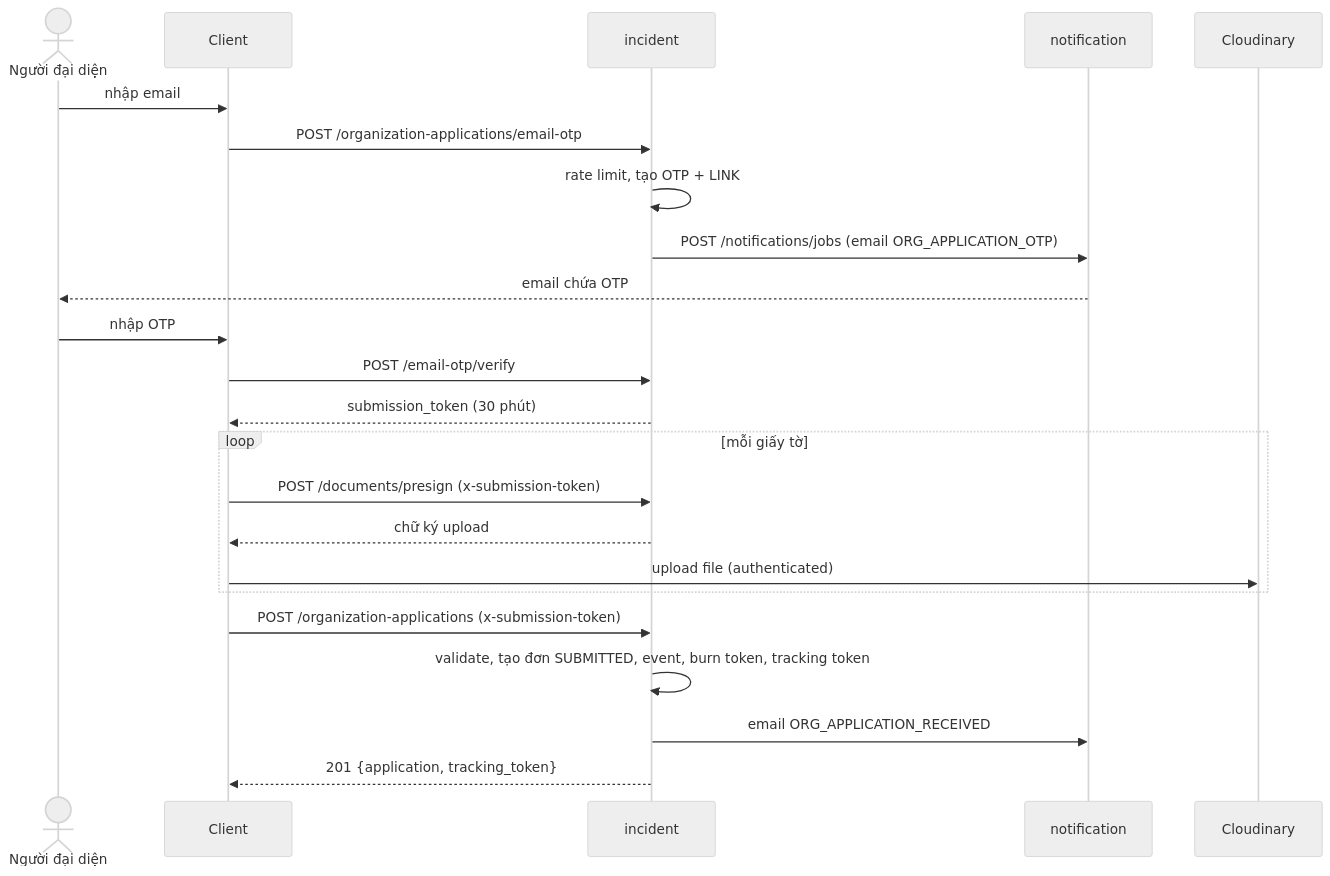
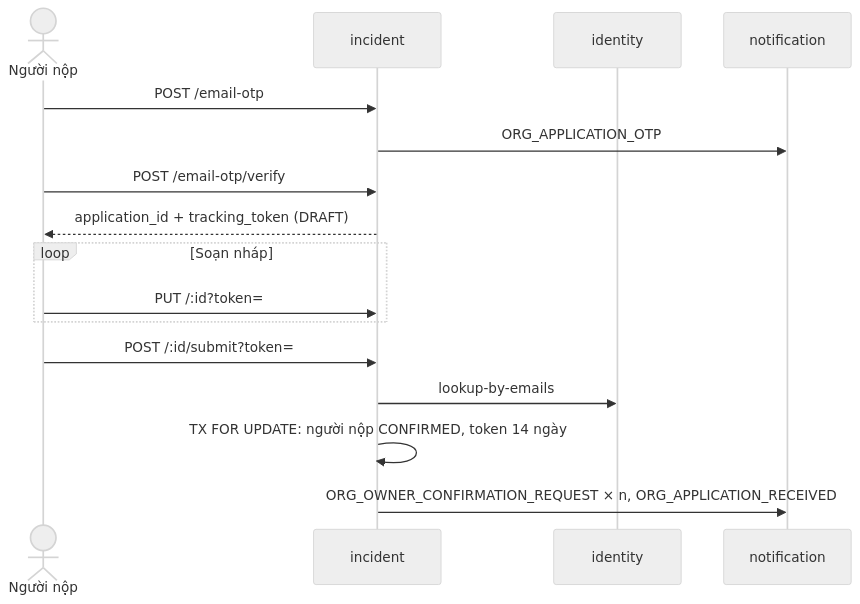
Before and after one commit to DOAN2-UQT-KN/ecolink-docs: the sixth of 24 diagrams in 02-business-flows.md, drawn with Mermaid (neutral theme). The commit also changed other lines of this file and 10 other files, not shown here.

Commit message:
docs: multi-owner organization registration flow

````diff
--- a/02-business-flows.md
+++ b/02-business-flows.md
@@ -299,25 +278,18 @@
 ```mermaid
 sequenceDiagram
-  actor R as Người đại diện
-  participant FE as Client
+  actor U as Người nộp
   participant INC as incident
+  participant ID as identity
   participant NS as notification
-  participant CLD as Cloudinary
-  R->>FE: nhập email
-  FE->>INC: POST /organization-applications/email-otp
-  INC->>INC: rate limit, tạo OTP + LINK
-  INC->>NS: POST /notifications/jobs (email ORG_APPLICATION_OTP)
-  NS-->>R: email chứa OTP
-  R->>FE: nhập OTP
-  FE->>INC: POST /email-otp/verify
-  INC-->>FE: submission_token (30 phút)
-  loop mỗi giấy tờ
-    FE->>INC: POST /documents/presign (x-submission-token)
-    INC-->>FE: chữ ký upload
-    FE->>CLD: upload file (authenticated)
+  U->>INC: POST /email-otp
+  INC->>NS: ORG_APPLICATION_OTP
+  U->>INC: POST /email-otp/verify
+  INC-->>U: application_id + tracking_token (DRAFT)
+  loop Soạn nháp
+    U->>INC: PUT /:id?token=
   end
-  FE->>INC: POST /organization-applications (x-submission-token)
-  INC->>INC: validate, tạo đơn SUBMITTED, event, burn token, tracking token
-  INC->>NS: email ORG_APPLICATION_RECEIVED
-  INC-->>FE: 201 {application, tracking_token}
+  U->>INC: POST /:id/submit?token=
+  INC->>ID: lookup-by-emails
+  INC->>INC: TX FOR UPDATE: người nộp CONFIRMED, token 14 ngày
+  INC->>NS: ORG_OWNER_CONFIRMATION_REQUEST × n, ORG_APPLICATION_RECEIVED
 ```
````
